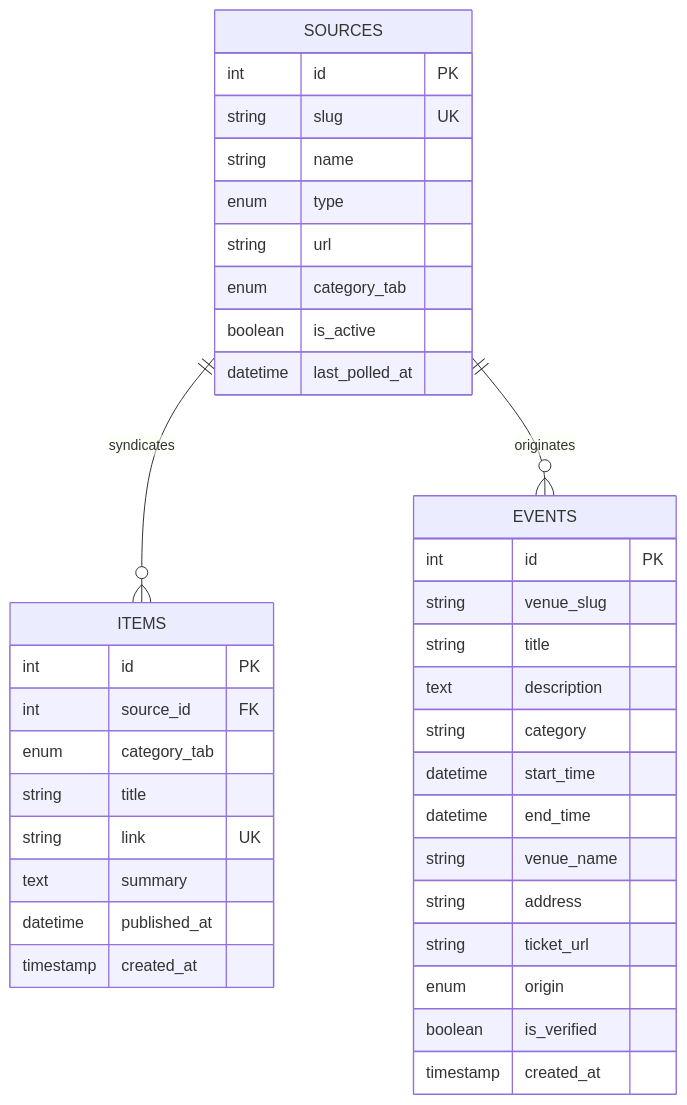
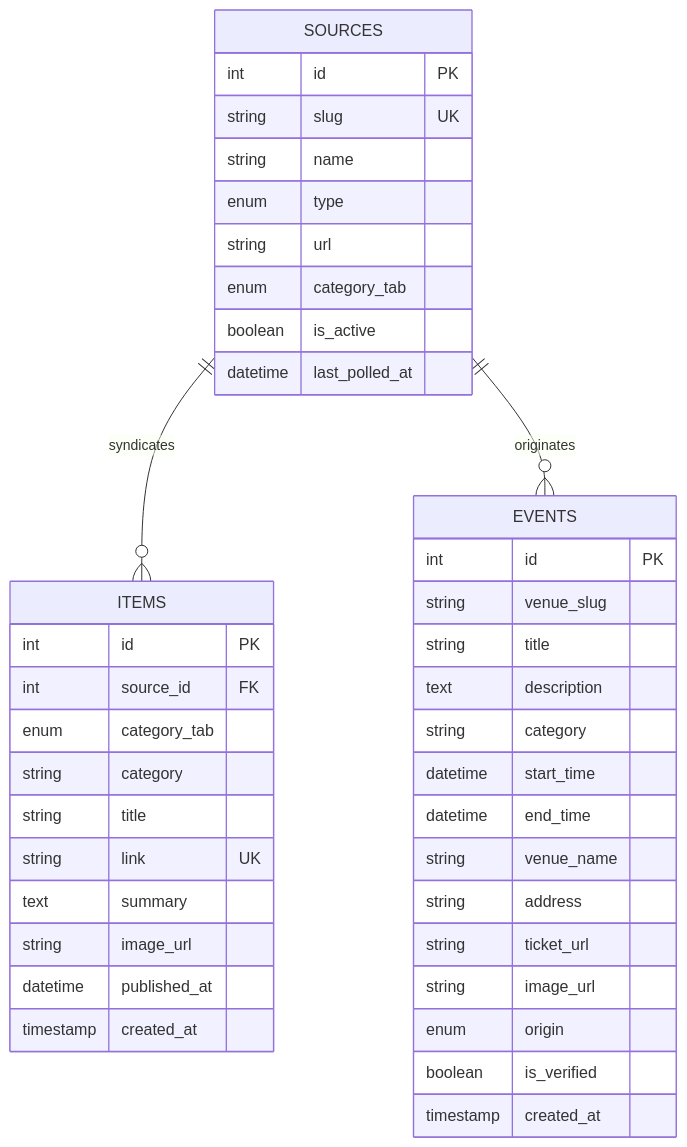
The diagram in Docs/Database_Schema.md (claudineipereiras/AgendaWeb), drawn with Mermaid before and after one commit. The commit also changed other lines of this file and 14 other files, not shown here.

````diff
--- a/Docs/Database_Schema.md
+++ b/Docs/Database_Schema.md
@@ -9,43 +9,46 @@
 ```mermaid
 erDiagram
     SOURCES ||--o{ ITEMS : "syndicates"
     SOURCES ||--o{ EVENTS : "originates"
 
     SOURCES {
         int id PK
         string slug UK
         string name
         enum type
         string url
         enum category_tab
         boolean is_active
         datetime last_polled_at
     }
 
     EVENTS {
         int id PK
         string venue_slug
         string title
         text description
         string category
         datetime start_time
         datetime end_time
         string venue_name
         string address
         string ticket_url
+        string image_url
         enum origin
         boolean is_verified
         timestamp created_at
     }
 
     ITEMS {
         int id PK
         int source_id FK
         enum category_tab
+        string category
         string title
         string link UK
         text summary
+        string image_url
         datetime published_at
         timestamp created_at
     }
 ```
````
